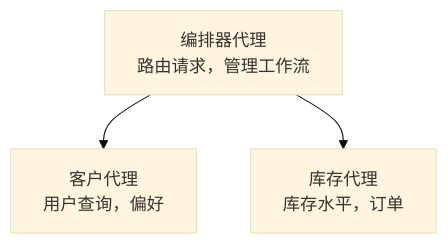
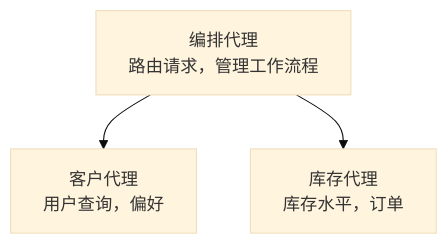
One commit to microsoft/AZD-for-beginners changed the diagram in translations/zh-CN/docs/chapter-05-multi-agent/README.md. Above: the diagram before and after it, drawn with Mermaid (base theme). The commit also changed other lines of this file and 101 other files, not shown here.

````diff
--- a/translations/zh-CN/docs/chapter-05-multi-agent/README.md
+++ b/translations/zh-CN/docs/chapter-05-multi-agent/README.md
@@ -50,5 +52,5 @@
 ```mermaid
 graph TD
-    Orchestrator[编排器代理<br/>路由请求，管理工作流] --> Customer[客户代理<br/>用户查询，偏好]
+    Orchestrator[编排代理<br/>路由请求，管理工作流程] --> Customer[客户代理<br/>用户查询，偏好]
     Orchestrator --> Inventory[库存代理<br/>库存水平，订单]
 ```
````
